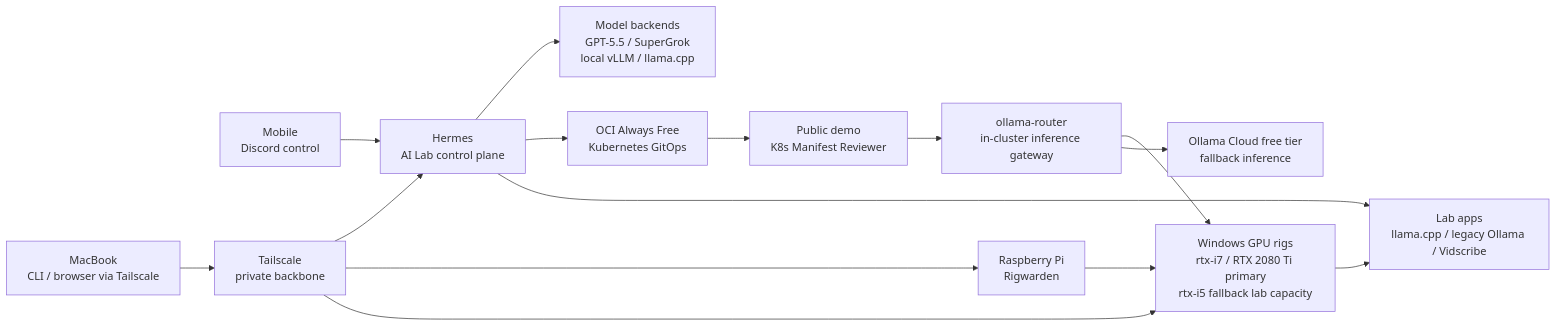
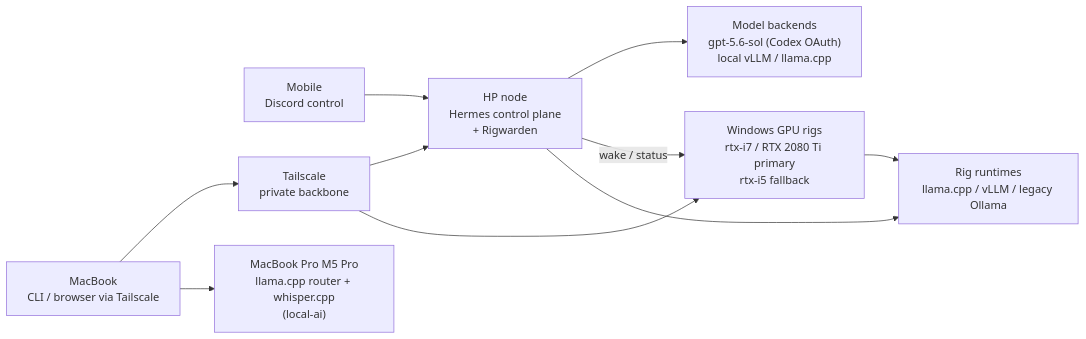
Before and after one commit to maslankalm/ai-lab: the diagram in homelab/README.md, drawn with Mermaid. The commit also changed other lines of this file and 27 other files, not shown here.

First line of the commit message:
docs: add local-ai (Apple Silicon llama.cpp + whisper), mark OCI cluster and agent extras retired

````diff
--- a/homelab/README.md
+++ b/homelab/README.md
@@ -15,30 +15,21 @@
 ```mermaid
 flowchart LR
     MAC["MacBook<br/>CLI / browser via Tailscale"]
     MOBILE["Mobile<br/>Discord control"]
-    CP["Hermes<br/>AI Lab control plane"]
-    MODELS["Model backends<br/>GPT-5.5 / SuperGrok<br/>local vLLM / llama.cpp"]
     TAIL["Tailscale<br/>private backbone"]
-    CLOUD["OCI Always Free<br/>Kubernetes GitOps"]
-    REVIEWER["Public demo<br/>K8s Manifest Reviewer"]
-    ROUTER["ollama-router<br/>in-cluster inference gateway"]
-    PI["Raspberry Pi<br/>Rigwarden"]
-    GPU["Windows GPU rigs<br/>rtx-i7 / RTX 2080 Ti primary<br/>rtx-i5 fallback lab capacity"]
-    FALLBACK["Ollama Cloud free tier<br/>fallback inference"]
-    APPS["Lab apps<br/>llama.cpp / legacy Ollama / Vidscribe"]
+    HP["HP node<br/>Hermes control plane<br/>+ Rigwarden"]
+    MODELS["Model backends<br/>gpt-5.6-sol (Codex OAuth)<br/>local vLLM / llama.cpp"]
+    GPU["Windows GPU rigs<br/>rtx-i7 / RTX 2080 Ti primary<br/>rtx-i5 fallback"]
+    APPS["Rig runtimes<br/>llama.cpp / vLLM / legacy Ollama"]
+    LOCALAI["MacBook Pro M5 Pro<br/>llama.cpp router + whisper.cpp<br/>(local-ai)"]
 
-    MOBILE --> CP
+    MOBILE --> HP
     MAC --> TAIL
-    TAIL --> CP
-    CP --> MODELS
-    CP --> CLOUD
-    CLOUD --> REVIEWER
-    REVIEWER --> ROUTER
-    ROUTER --> GPU
-    ROUTER --> FALLBACK
-    TAIL --> PI
+    TAIL --> HP
     TAIL --> GPU
-    PI --> GPU
+    HP --> MODELS
+    HP -->|"wake / status"| GPU
     GPU --> APPS
-    CP --> APPS
+    HP --> APPS
+    MAC --> LOCALAI
 ```
````
